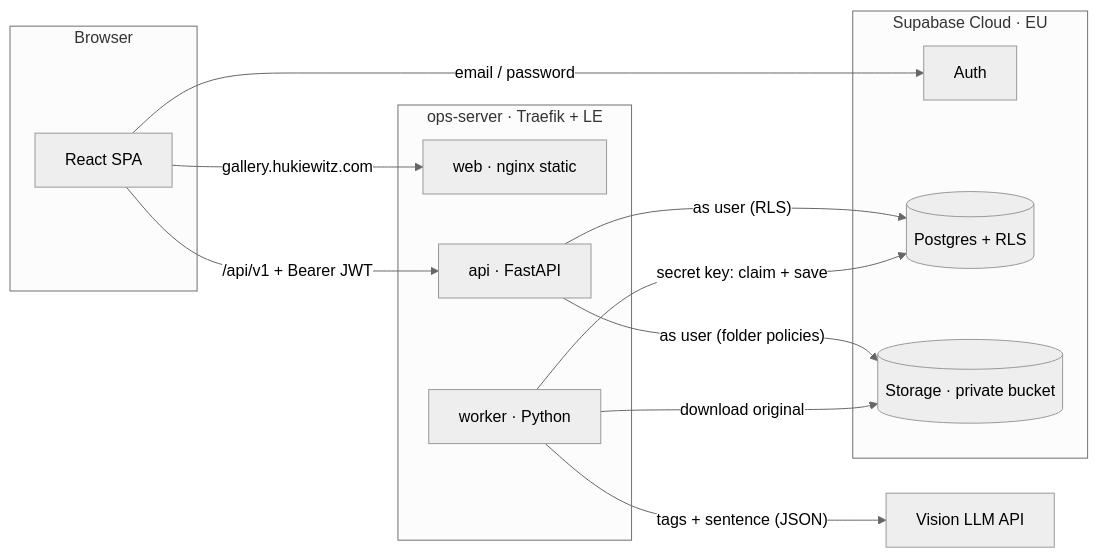
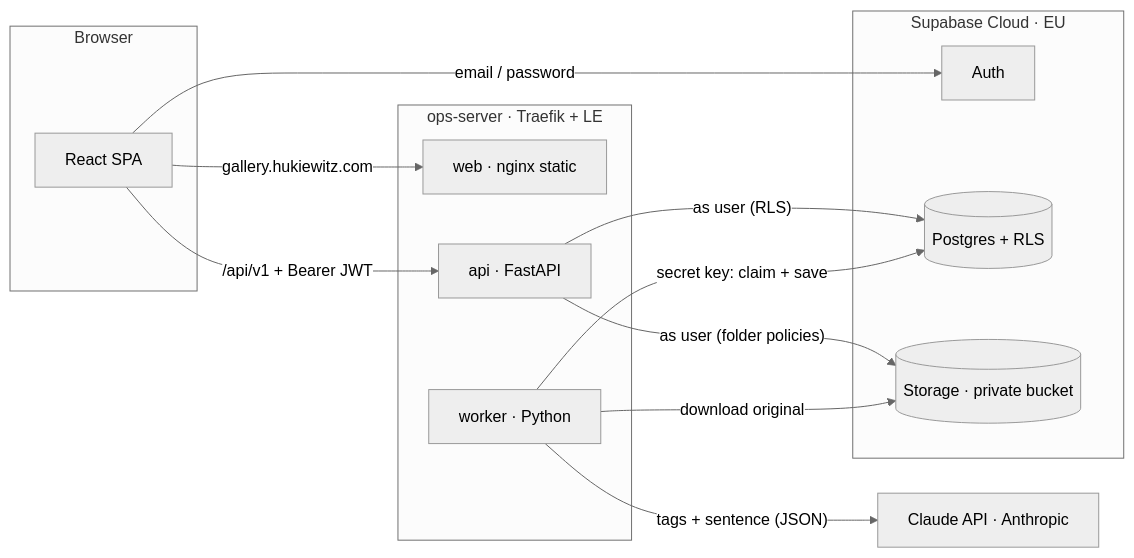
The first of 2 diagrams in docs/architecture.md (MHHukiewitz/ai-image-gallery), drawn with Mermaid (neutral theme) before and after one commit. The commit also changed other lines of this file and 2 other files, not shown here.

First line of the commit message:
docs: make Claude via the Anthropic API the production AI path

````diff
--- a/docs/architecture.md
+++ b/docs/architecture.md
@@ -36,26 +36,26 @@
 ```mermaid
 flowchart LR
   subgraph Browser
     SPA[React SPA]
   end
   subgraph VPS["ops-server · Traefik + LE"]
     WEB[web · nginx static]
     API[api · FastAPI]
     WRK[worker · Python]
   end
   subgraph SUPA["Supabase Cloud · EU"]
     AUTH[Auth]
     PG[(Postgres + RLS)]
     ST[(Storage · private bucket)]
   end
-  AIP[Vision LLM API]
+  AIP[Claude API · Anthropic]
 
   SPA -- "gallery.hukiewitz.com" --> WEB
   SPA -- "email / password" --> AUTH
   SPA -- "/api/v1 + Bearer JWT" --> API
   API -- "as user (RLS)" --> PG
   API -- "as user (folder policies)" --> ST
   WRK -- "secret key: claim + save" --> PG
   WRK -- "download original" --> ST
   WRK -- "tags + sentence (JSON)" --> AIP
 ```
````
